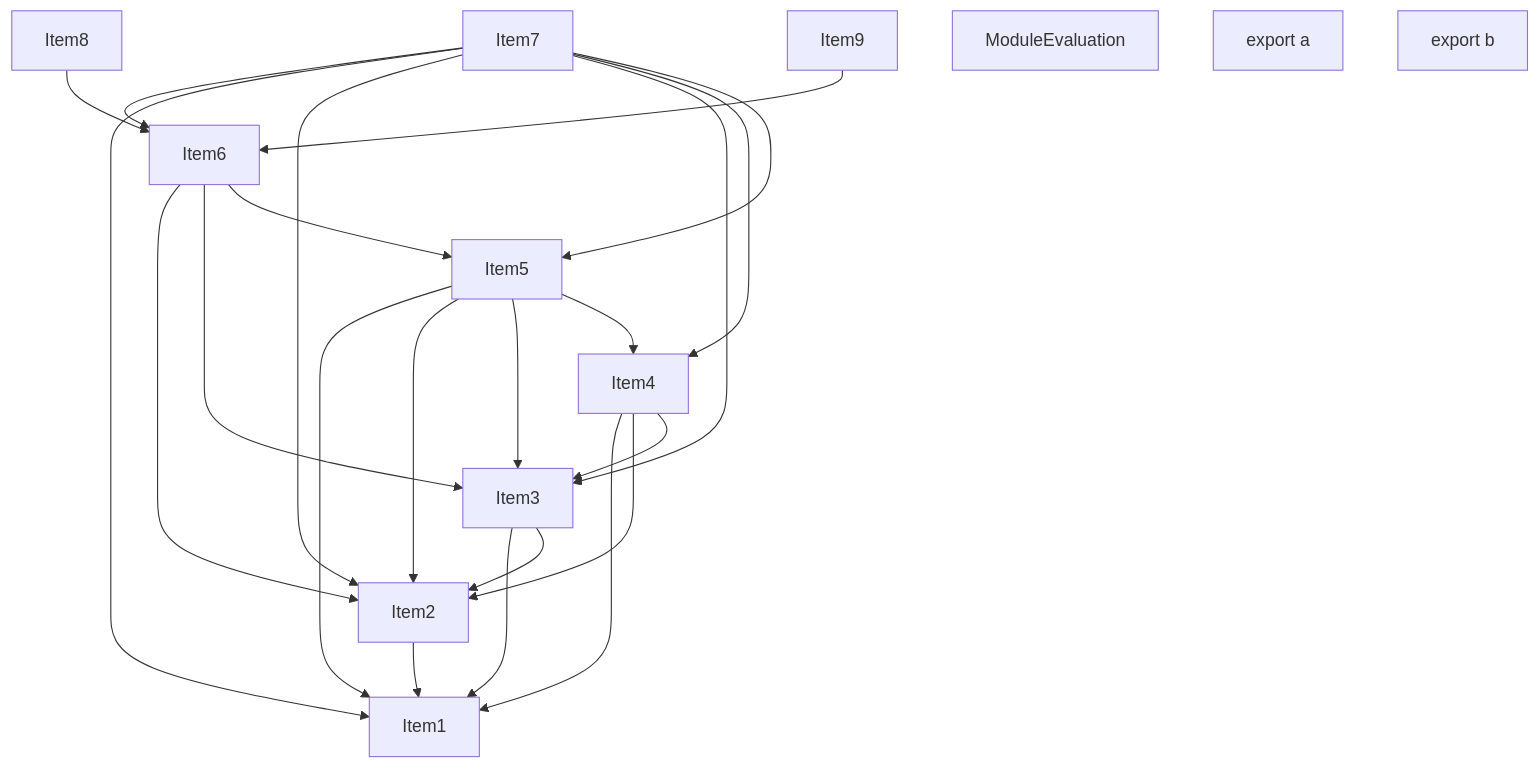
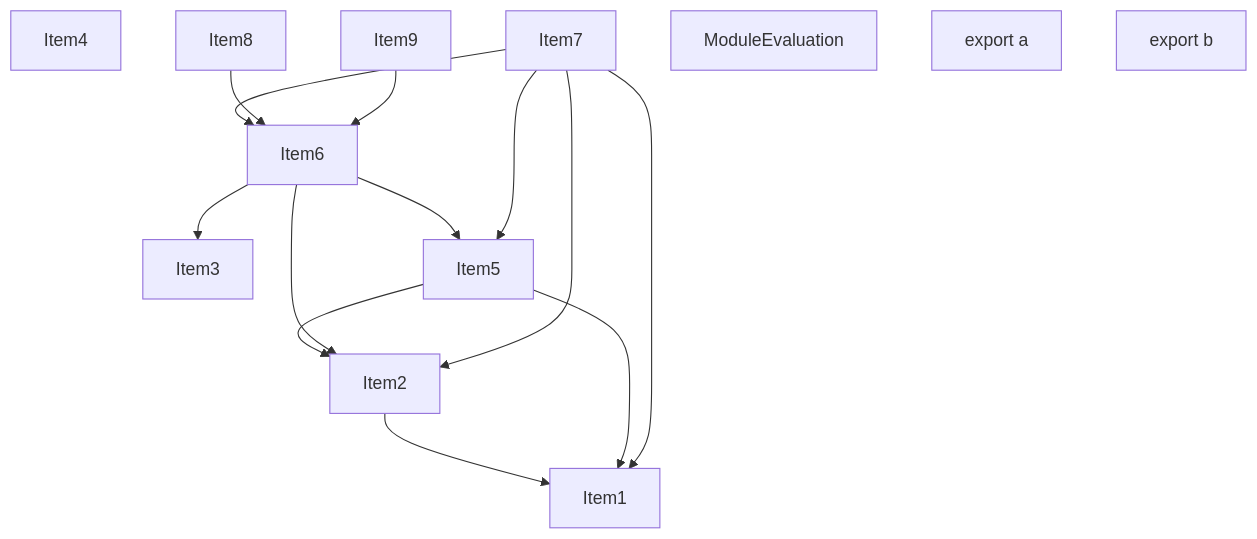
The third of 5 diagrams in crates/turbopack-ecmascript/tests/tree-shaker/analyzer/shared-and-side-effects/output.md (vercel/turborepo), drawn with Mermaid before and after one commit. The commit also changed other lines of this file and 15 other files, not shown here.

````diff
--- a/crates/turbopack-ecmascript/tests/tree-shaker/analyzer/shared-and-side-effects/output.md
+++ b/crates/turbopack-ecmascript/tests/tree-shaker/analyzer/shared-and-side-effects/output.md
@@ -174,39 +160,30 @@
 ```mermaid
 graph TD
     Item1;
     Item2;
     Item3;
     Item4;
     Item5;
     Item6;
     Item7;
     Item8;
     Item9;
     Item10;
     Item10["ModuleEvaluation"];
     Item11;
     Item11["export a"];
     Item12;
     Item12["export b"];
     Item2 --> Item1;
-    Item3 --> Item1;
-    Item3 --> Item2;
-    Item4 --> Item1;
-    Item4 --> Item2;
-    Item4 --> Item3;
     Item5 --> Item1;
     Item5 --> Item2;
-    Item5 --> Item3;
-    Item5 --> Item4;
     Item6 --> Item2;
     Item6 --> Item3;
     Item6 --> Item5;
     Item7 --> Item6;
     Item7 --> Item1;
     Item7 --> Item2;
-    Item7 --> Item3;
-    Item7 --> Item4;
     Item7 --> Item5;
     Item8 --> Item6;
     Item9 --> Item6;
 ```
````
